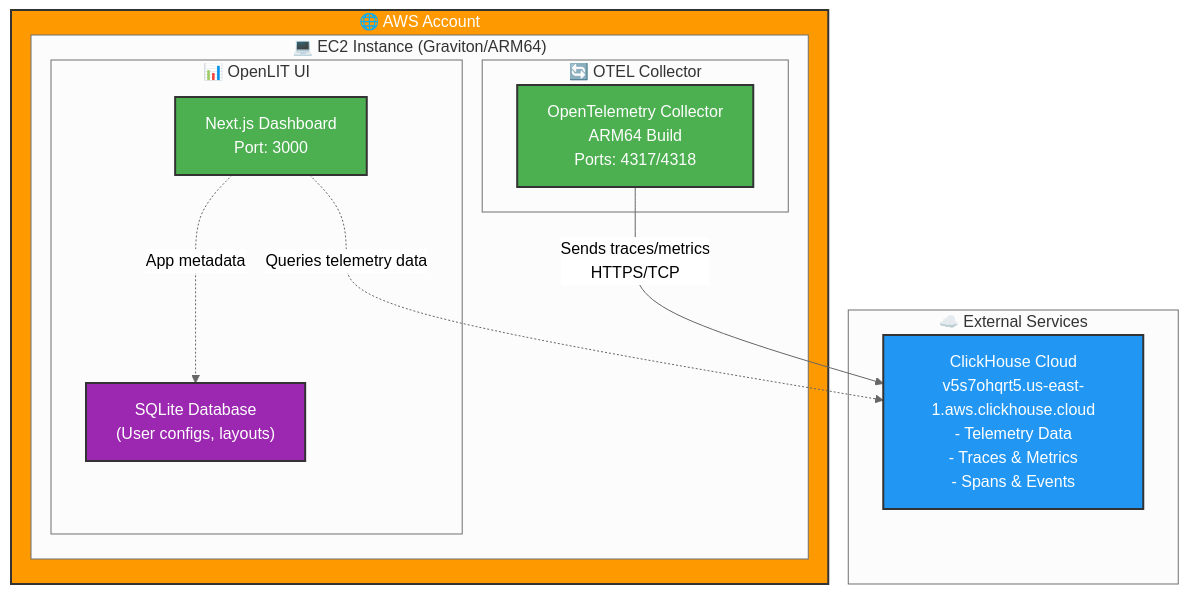
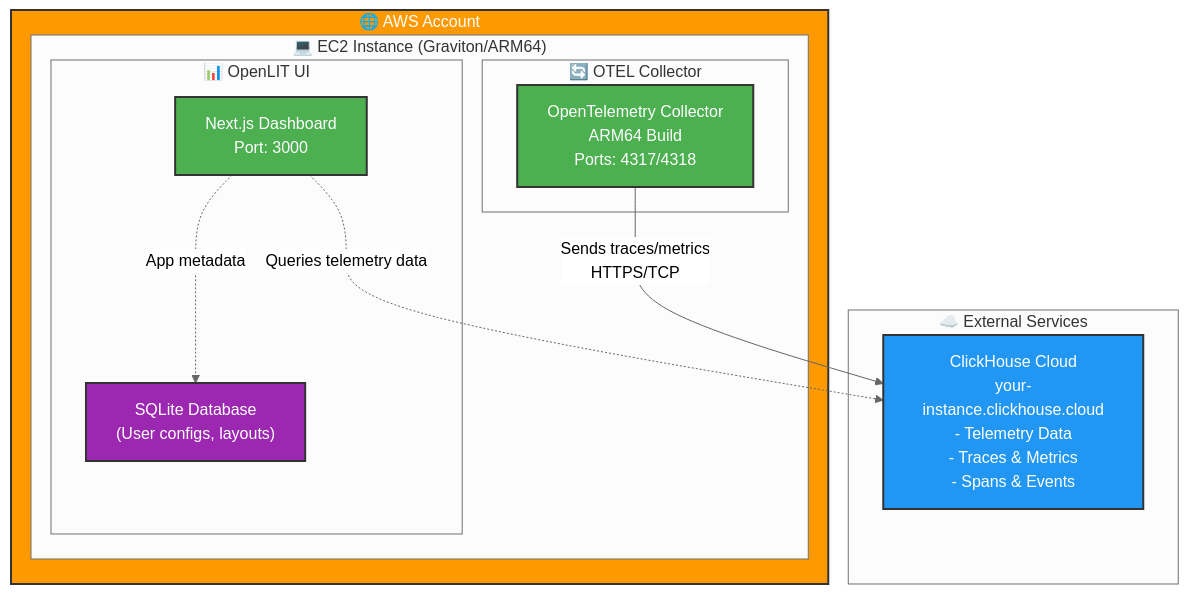
The diagram in docs/rfc-aws-ec2-deployment.md (StGerman/openlit), drawn with Mermaid (neutral theme) before and after one commit. The commit also changed other lines of this file and 35 other files, not shown here.

````diff
--- a/docs/rfc-aws-ec2-deployment.md
+++ b/docs/rfc-aws-ec2-deployment.md
@@ -31,37 +31,37 @@
 ```mermaid
 graph TB
     subgraph AWS["🌐 AWS Account"]
         subgraph EC2["💻 EC2 Instance (Graviton/ARM64)"]
             subgraph OpenLIT["📊 OpenLIT UI"]
                 UI["Next.js Dashboard<br/>Port: 3000"]
                 SQLite["SQLite Database<br/>(User configs, layouts)"]
             end
 
             subgraph Collector["🔄 OTEL Collector"]
                 OTEL["OpenTelemetry Collector<br/>ARM64 Build<br/>Ports: 4317/4318"]
             end
         end
     end
 
     subgraph External["☁️ External Services"]
-        ClickHouse["ClickHouse Cloud<br/>v5s7ohqrt5.us-east-1.aws.clickhouse.cloud<br/>- Telemetry Data<br/>- Traces & Metrics<br/>- Spans & Events"]
+        ClickHouse["ClickHouse Cloud<br/>your-instance.clickhouse.cloud<br/>- Telemetry Data<br/>- Traces & Metrics<br/>- Spans & Events"]
     end
 
     %% Data Flow
     UI -.->|Queries telemetry data| ClickHouse
     OTEL -->|Sends traces/metrics<br/>HTTPS/TCP| ClickHouse
 
     %% Internal connections
     UI -.->|App metadata| SQLite
 
     %% Styling
     classDef aws fill:#FF9900,stroke:#333,stroke-width:2px,color:#fff
     classDef service fill:#4CAF50,stroke:#333,stroke-width:2px,color:#fff
     classDef external fill:#2196F3,stroke:#333,stroke-width:2px,color:#fff
     classDef database fill:#9C27B0,stroke:#333,stroke-width:2px,color:#fff
 
     class AWS aws
     class UI,OTEL service
     class ClickHouse external
     class SQLite database
 ```
````
